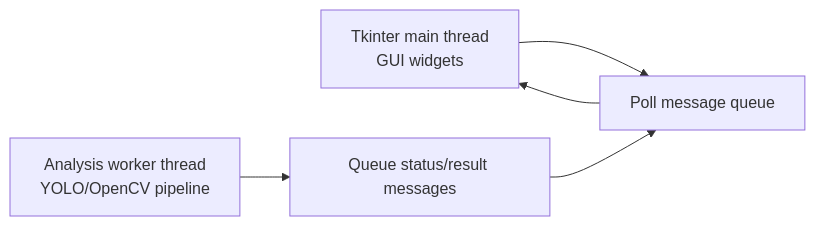
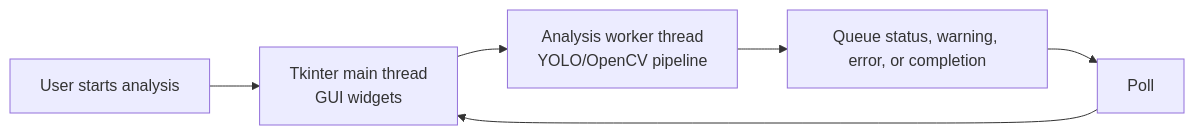
One commit to CoulterRolph/Capstone_Opencv changed the second of 2 diagrams in jetson/docs/analysis_pipeline.md. Above: the diagram before and after it, drawn with Mermaid. The commit also changed other lines of this file and 9 other files, not shown here.

````diff
--- a/jetson/docs/analysis_pipeline.md
+++ b/jetson/docs/analysis_pipeline.md
@@ -250,7 +262,8 @@
 ```mermaid
 flowchart LR
-    Tkinter[Tkinter main thread<br/>GUI widgets] --> Poll[Poll message queue]
-    Worker[Analysis worker thread<br/>YOLO/OpenCV pipeline] --> Queue[Queue status/result messages]
+    User[User starts analysis] --> Tkinter[Tkinter main thread<br/>GUI widgets]
+    Tkinter --> Worker[Analysis worker thread<br/>YOLO/OpenCV pipeline]
+    Worker --> Queue[Queue status, warning, error, or completion]
     Queue --> Poll
     Poll --> Tkinter
 ```
````
